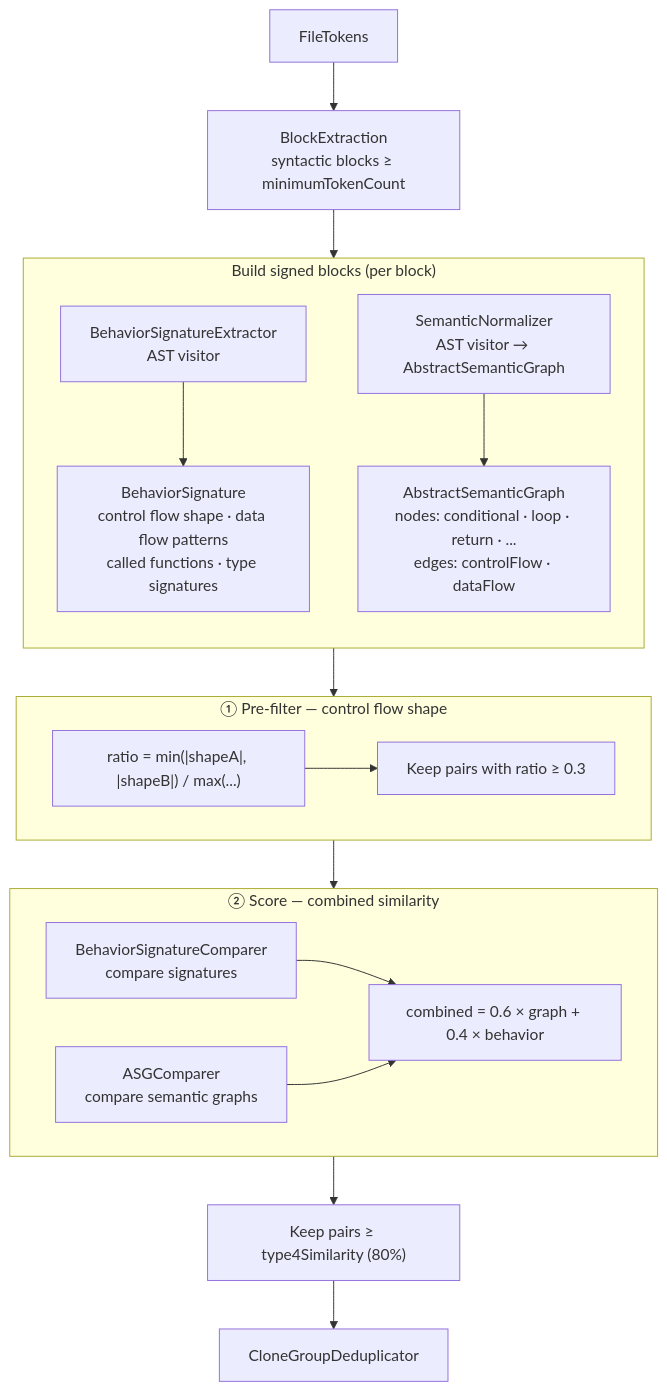
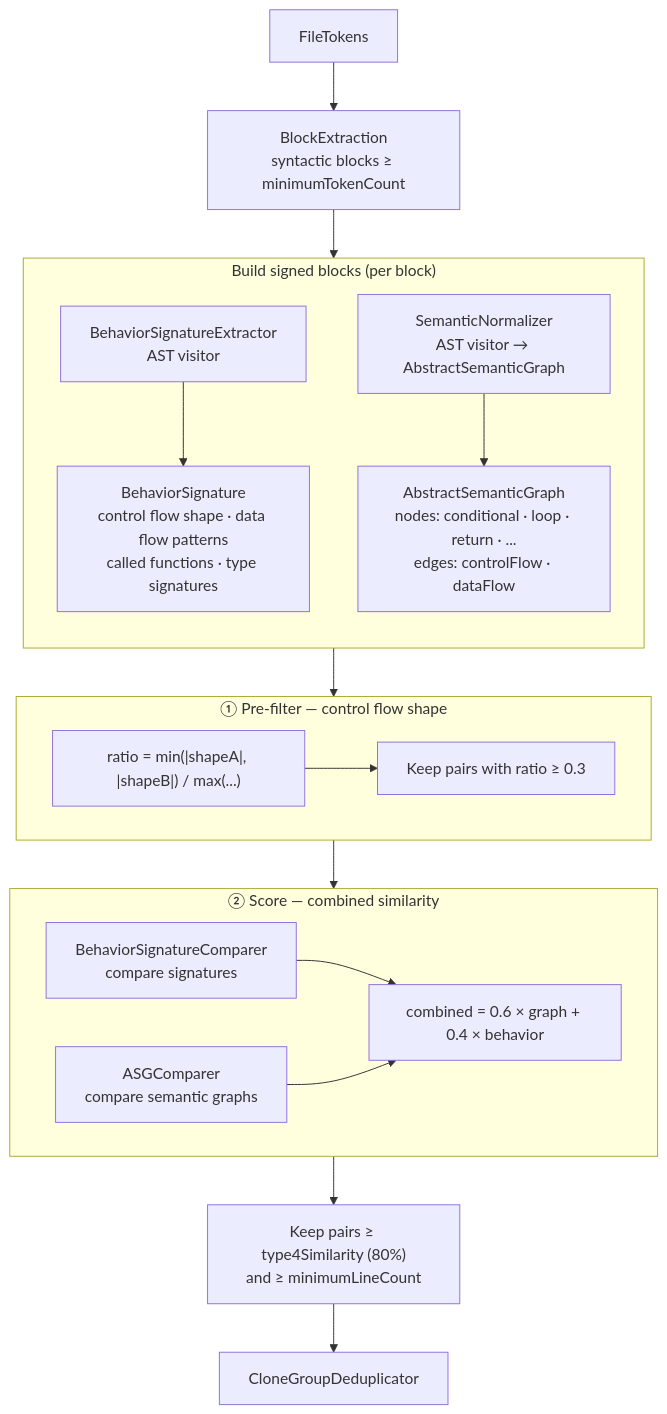
The fourth of 4 diagrams in Docs/Architecture/03-detection.md (ericodx/swift-cpd), drawn with Mermaid before and after one commit. The commit also changed other lines of this file, not shown here.

Commit message:
docs: correct block kinds, filters, ASG nodes and scoring weights in the detection architecture

````diff
--- a/Docs/Architecture/03-detection.md
+++ b/Docs/Architecture/03-detection.md
@@ -118,32 +118,32 @@
 ```mermaid
 flowchart TD
     A[FileTokens] --> B["BlockExtraction<br/>syntactic blocks ≥ minimumTokenCount"]
     B --> C
 
     subgraph C["Build signed blocks (per block)"]
         direction TB
         C1["BehaviorSignatureExtractor<br/>AST visitor"]
         C2["SemanticNormalizer<br/>AST visitor → AbstractSemanticGraph"]
         C1 --> SIG["BehaviorSignature<br/>control flow shape · data flow patterns<br/>called functions · type signatures"]
         C2 --> ASG["AbstractSemanticGraph<br/>nodes: conditional · loop · return · ...<br/>edges: controlFlow · dataFlow"]
     end
 
     C --> D
 
     subgraph D["① Pre-filter — control flow shape"]
         D1["ratio = min(|shapeA|, |shapeB|) / max(...)"]
         D1 --> D2["Keep pairs with ratio ≥ 0.3"]
     end
 
     D --> E
 
     subgraph E["② Score — combined similarity"]
         E1["BehaviorSignatureComparer<br/>compare signatures"]
         E2["ASGComparer<br/>compare semantic graphs"]
         E1 --> E3["combined = 0.6 × graph + 0.4 × behavior"]
         E2 --> E3
     end
 
-    E --> F["Keep pairs ≥ type4Similarity (80%)"]
+    E --> F["Keep pairs ≥ type4Similarity (80%)<br/>and ≥ minimumLineCount"]
     F --> G[CloneGroupDeduplicator]
 ```
````
